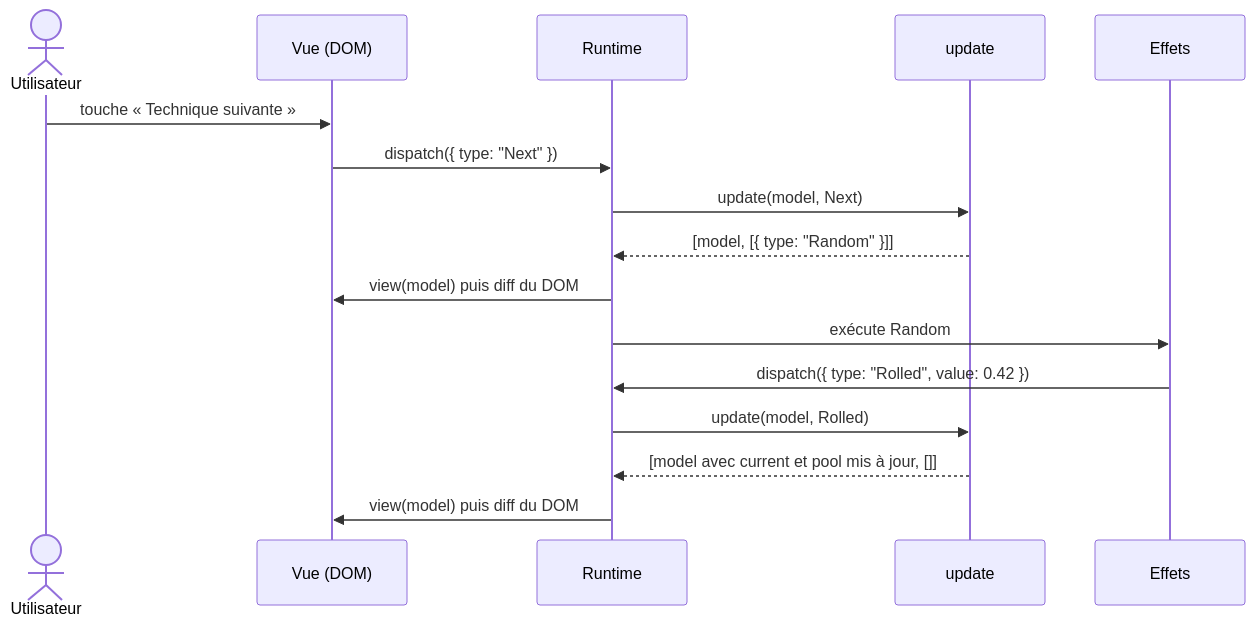
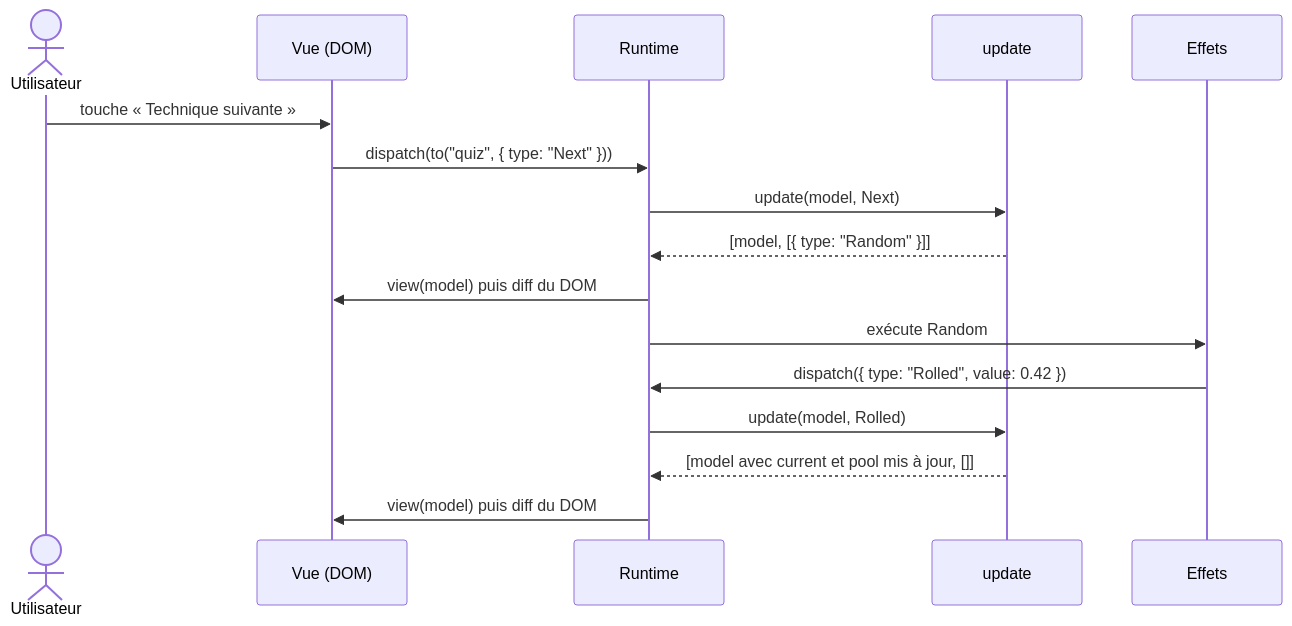
One commit to devsigner/aikido-trainer changed the third of 6 diagrams in README.md. Above: the diagram before and after it, drawn with Mermaid. The commit also changed other lines of this file and 50 other files, not shown here.

````diff
--- a/README.md
+++ b/README.md
@@ -154,18 +156,18 @@
 ```mermaid
 sequenceDiagram
     actor U as Utilisateur
     participant V as Vue (DOM)
     participant R as Runtime
     participant UP as update
     participant E as Effets
     U->>V: touche « Technique suivante »
-    V->>R: dispatch({ type: "Next" })
+    V->>R: dispatch(to("quiz", { type: "Next" }))
     R->>UP: update(model, Next)
     UP-->>R: [model, [{ type: "Random" }]]
     R->>V: view(model) puis diff du DOM
     R->>E: exécute Random
     E->>R: dispatch({ type: "Rolled", value: 0.42 })
     R->>UP: update(model, Rolled)
     UP-->>R: [model avec current et pool mis à jour, []]
     R->>V: view(model) puis diff du DOM
 ```
````
